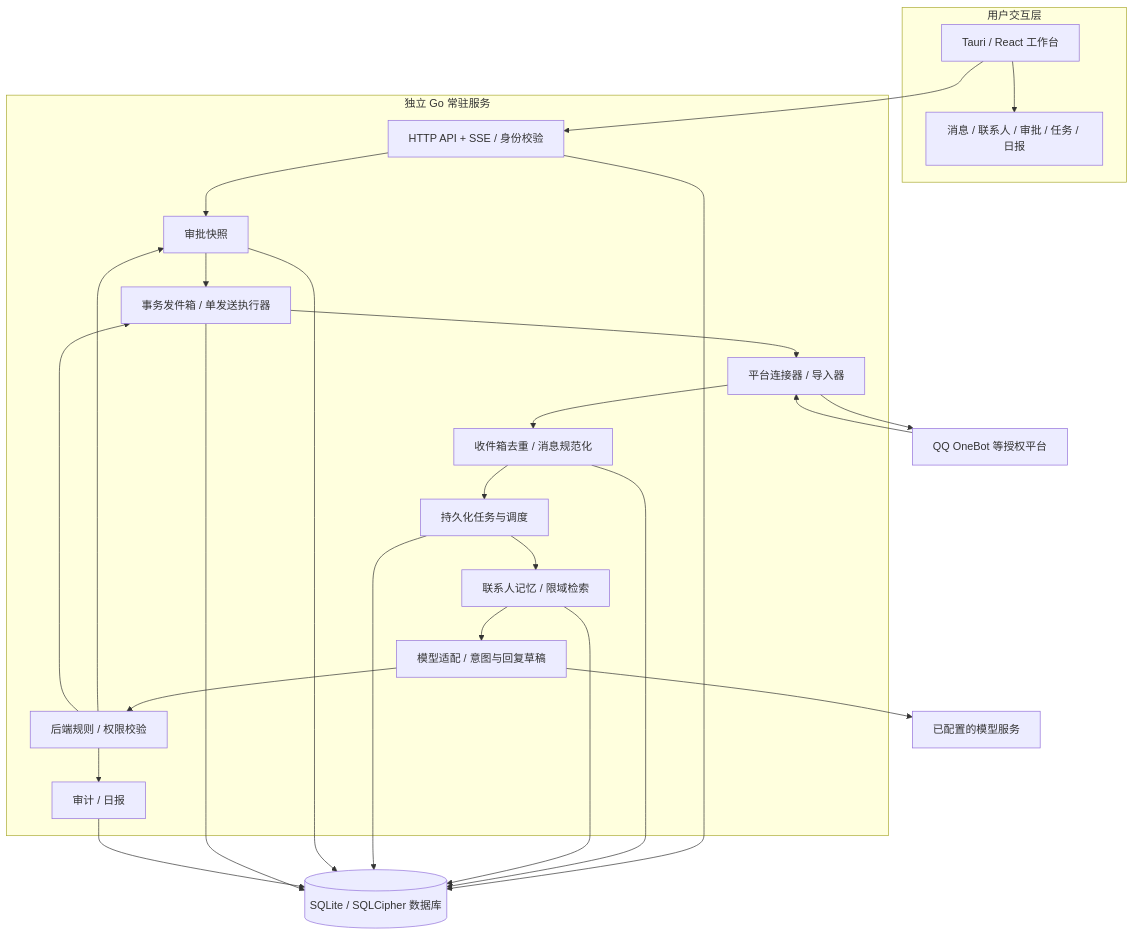
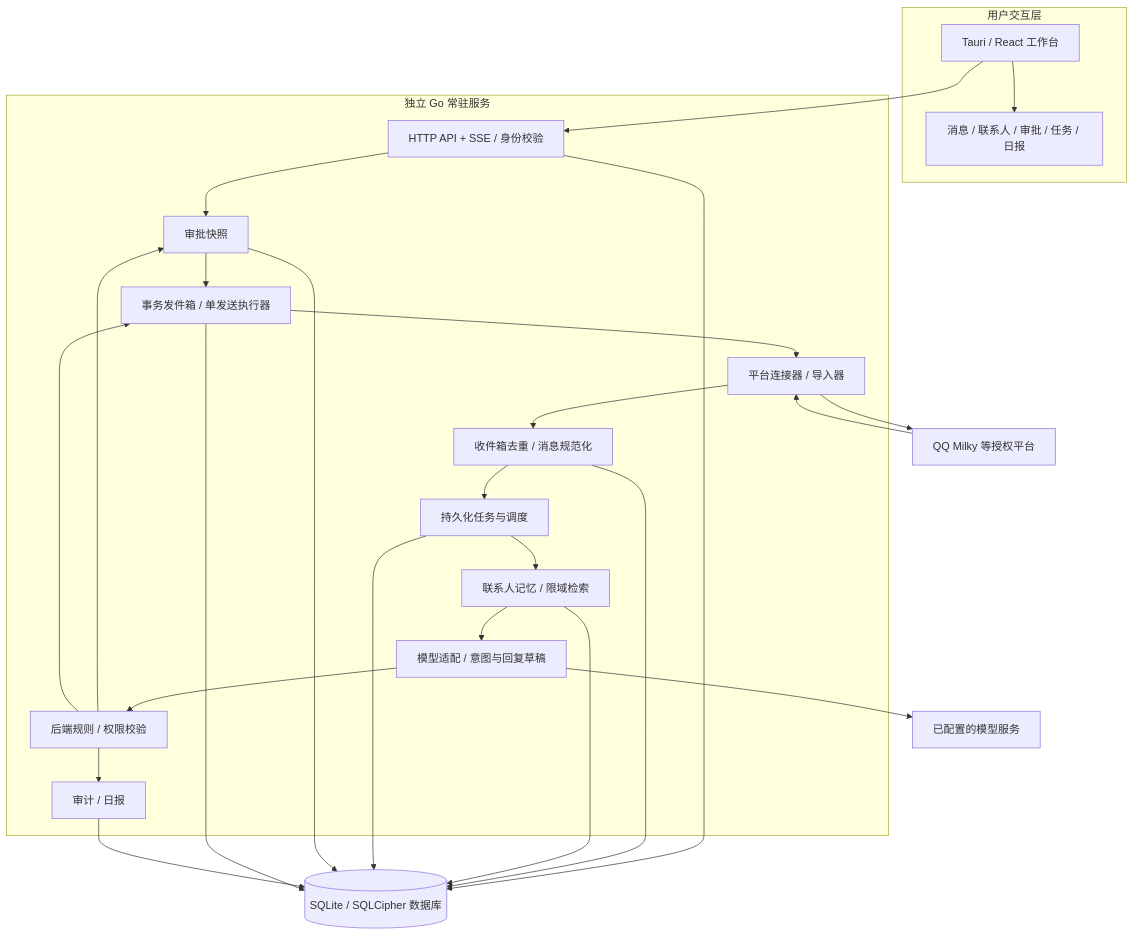
One commit to qilinbro/msg-manager changed the first of 2 diagrams in 技术文档.md. Above: the diagram before and after it, drawn with Mermaid. The commit also changed other lines of this file and 36 other files, not shown here.

Commit message:
feat(qq): [T02] retire OneBot and use Milky only

````diff
--- a/技术文档.md
+++ b/技术文档.md
@@ -76,39 +76,39 @@
 ```mermaid
 flowchart TB
     subgraph UI[用户交互层]
         DESK[Tauri / React 工作台]
         VIEWS[消息 / 联系人 / 审批 / 任务 / 日报]
         DESK --> VIEWS
     end
     subgraph SERVICE[独立 Go 常驻服务]
         API[HTTP API + SSE / 身份校验]
         CONN[平台连接器 / 导入器]
         INGEST[收件箱去重 / 消息规范化]
         JOB[持久化任务与调度]
         MEM[联系人记忆 / 限域检索]
         AGENT[模型适配 / 意图与回复草稿]
         RULE[后端规则 / 权限校验]
         APPROVAL[审批快照]
         SEND[事务发件箱 / 单发送执行器]
         REPORT[审计 / 日报]
     end
-    PLATFORM[QQ OneBot 等授权平台]
+    PLATFORM[QQ Milky 等授权平台]
     DB[(SQLite / SQLCipher 数据库)]
     MODEL[已配置的模型服务]
     DESK --> API
     PLATFORM --> CONN --> INGEST --> JOB
     API --> DB
     INGEST --> DB
     JOB --> MEM --> AGENT --> RULE
     MEM --> DB
     AGENT --> MODEL
     RULE --> APPROVAL --> SEND
     RULE --> SEND
     RULE --> REPORT
     SEND --> CONN --> PLATFORM
     JOB --> DB
     APPROVAL --> DB
     SEND --> DB
     REPORT --> DB
     API --> APPROVAL
 ```
````
